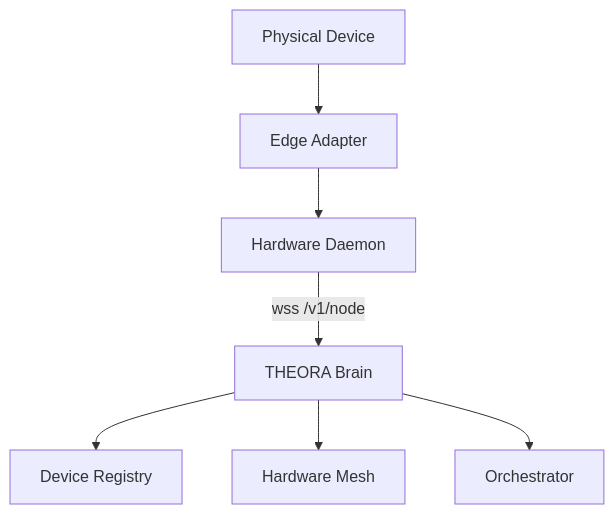
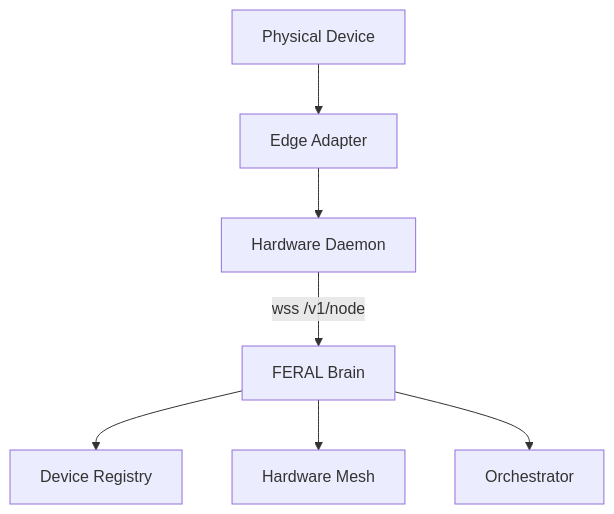
Before and after one commit to Spatial-AgenticOS/ASOS: the diagram in docs/HARDWARE_ECOSYSTEM.md, drawn with Mermaid. The commit also changed other lines of this file and 550 other files, not shown here.

First line of the commit message:
rebrand: THEORA/ASOS -> FERAL — AI off the leash

````diff
--- a/docs/HARDWARE_ECOSYSTEM.md
+++ b/docs/HARDWARE_ECOSYSTEM.md
@@ -7,9 +7,9 @@
 ```mermaid
 flowchart TD
   device[Physical Device] --> adapter[Edge Adapter]
   adapter --> daemon[Hardware Daemon]
-  daemon -->|"wss /v1/node"| brain[THEORA Brain]
+  daemon -->|"wss /v1/node"| brain[FERAL Brain]
   brain --> registry[Device Registry]
   brain --> mesh[Hardware Mesh]
   brain --> orchestrator[Orchestrator]
 ```
````
